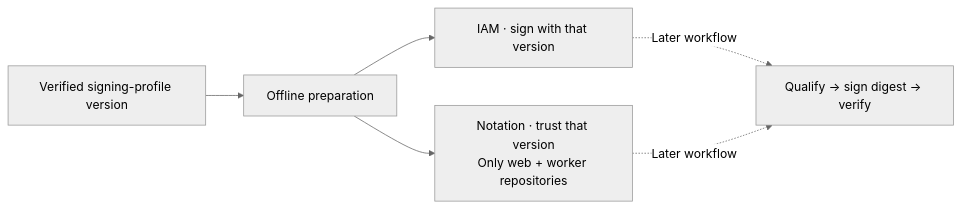
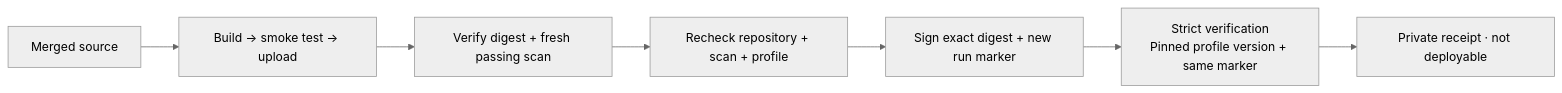
The diagram in docs/AWS-IMAGE-SIGNING.md (anantjain-xyz/wallie-dev), drawn with Mermaid (neutral theme) before and after one commit. The commit also changed other lines of this file and 8 other files, not shown here.

First line of the commit message:
Sign and strictly verify qualified AWS staging images

````diff
--- a/docs/AWS-IMAGE-SIGNING.md
+++ b/docs/AWS-IMAGE-SIGNING.md
@@ -5,8 +5,9 @@
 ```mermaid
 flowchart LR
-    profile["Verified signing-profile version"] --> prepare["Offline preparation"]
-    prepare --> iam["IAM · sign with that version"]
-    prepare --> trust["Notation · trust that version<br/>Only web + worker repositories"]
-    iam -. "Later workflow" .-> verify["Qualify → sign digest → verify"]
-    trust -. "Later workflow" .-> verify
+    source["Merged source"] --> publish["Build → smoke test → upload"]
+    publish --> scan["Verify digest + fresh passing scan"]
+    scan --> check["Recheck repository + scan + profile"]
+    check --> sign["Sign exact digest + new run marker"]
+    sign --> verify["Strict verification<br/>Pinned profile version + same marker"]
+    verify --> receipt["Private receipt · not deployable"]
 ```
````
